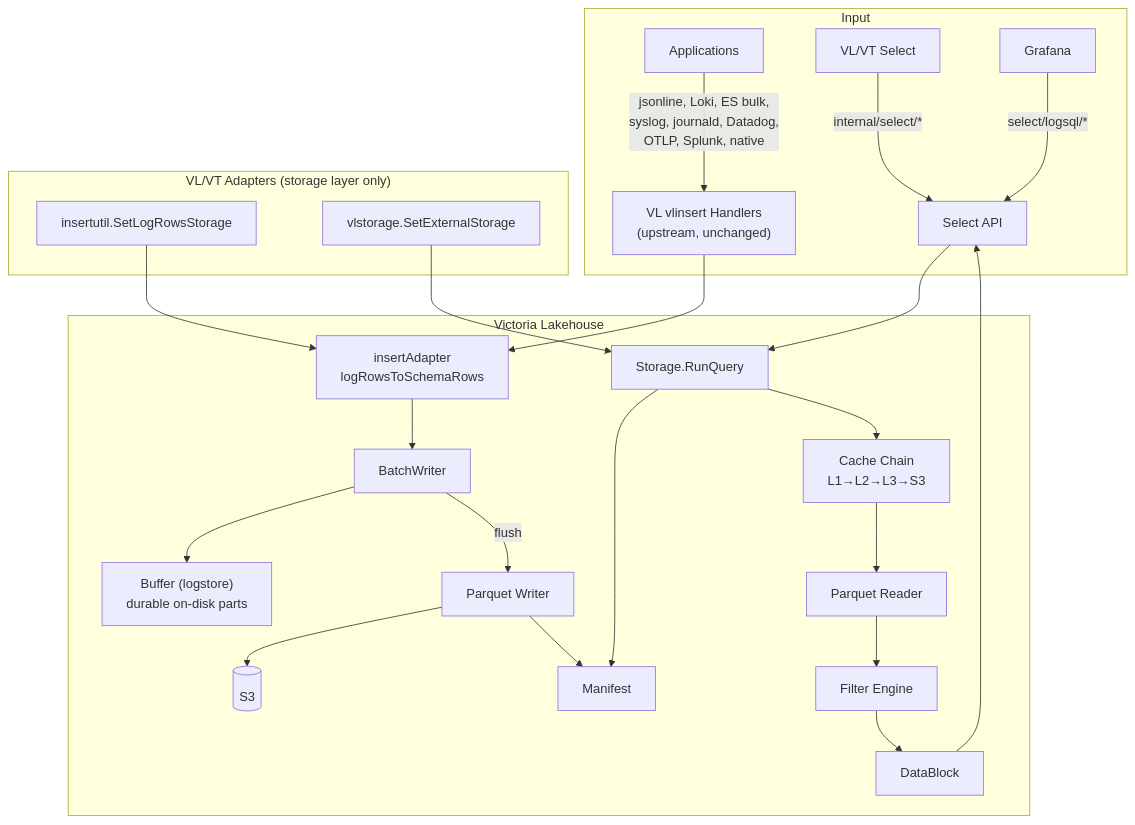
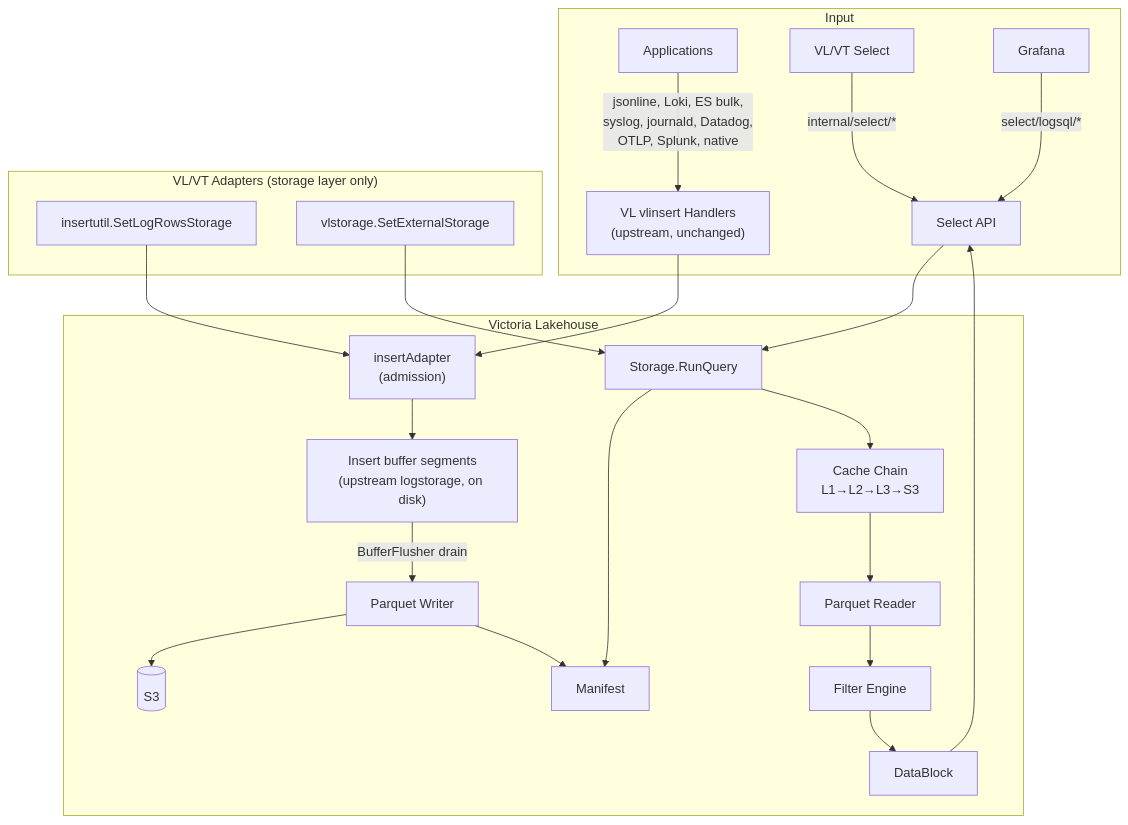
One commit to ReliablyObserve/victoria-lakehouse changed the first of 17 diagrams in docs/storage-flow.md. Above: the diagram before and after it, drawn with Mermaid. The commit also changed other lines of this file and 34 other files, not shown here.

Commit message:
docs(durability): describe the segmented durable insert buffer and update the docs that referred to the staging engine, WAL cutover and read watermark

````diff
--- a/docs/storage-flow.md
+++ b/docs/storage-flow.md
@@ -12,30 +12,29 @@
 ```mermaid
 graph TD
     subgraph Input
         APP[Applications] -->|"jsonline, Loki, ES bulk,<br/>syslog, journald, Datadog,<br/>OTLP, Splunk, native"| INS["VL vlinsert Handlers<br/>(upstream, unchanged)"]
         VL["VL/VT Select"] -->|"internal/select/*"| SEL[Select API]
         GF[Grafana] -->|"select/logsql/*"| SEL
     end
 
     subgraph Victoria Lakehouse
-        INS --> INSAD["insertAdapter<br/>logRowsToSchemaRows"]
-        INSAD --> BW[BatchWriter]
-        BW --> BUF["Buffer (logstore)<br/>durable on-disk parts"]
-        BW -->|flush| PQ[Parquet Writer]
+        INS --> INSAD["insertAdapter<br/>(admission)"]
+        INSAD --> BUF["Insert buffer segments<br/>(upstream logstorage, on disk)"]
+        BUF -->|BufferFlusher drain| PQ[Parquet Writer]
         PQ --> S3[(S3)]
         PQ --> MAN[Manifest]
 
         SEL --> STOR[Storage.RunQuery]
         STOR --> MAN
         STOR --> CACHE[Cache Chain<br/>L1→L2→L3→S3]
         CACHE --> PQR[Parquet Reader]
         PQR --> FILT[Filter Engine]
         FILT --> DB[DataBlock]
         DB --> SEL
     end
 
     subgraph "VL/VT Adapters (storage layer only)"
         VLIAD["insertutil.SetLogRowsStorage"] --> INSAD
         VLAD[vlstorage.SetExternalStorage] --> STOR
     end
 ```
````
